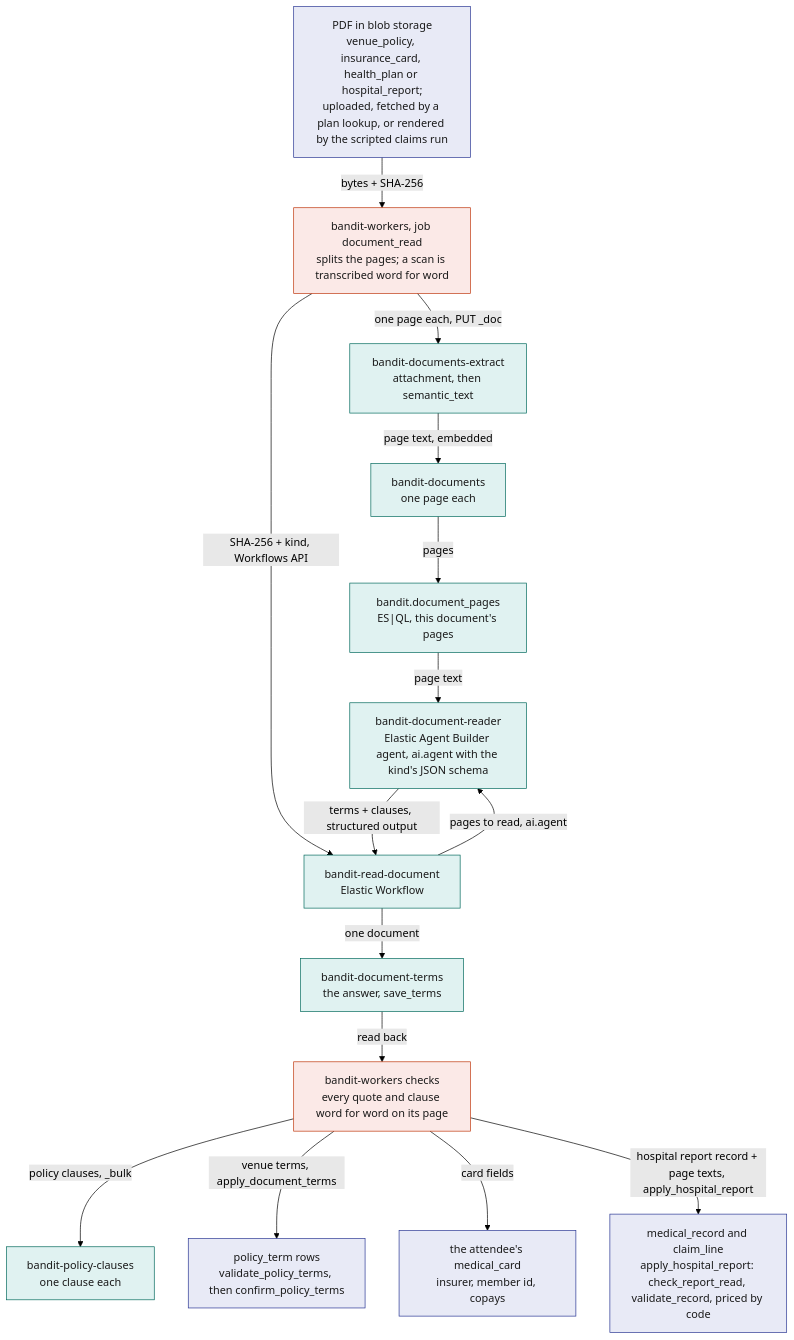
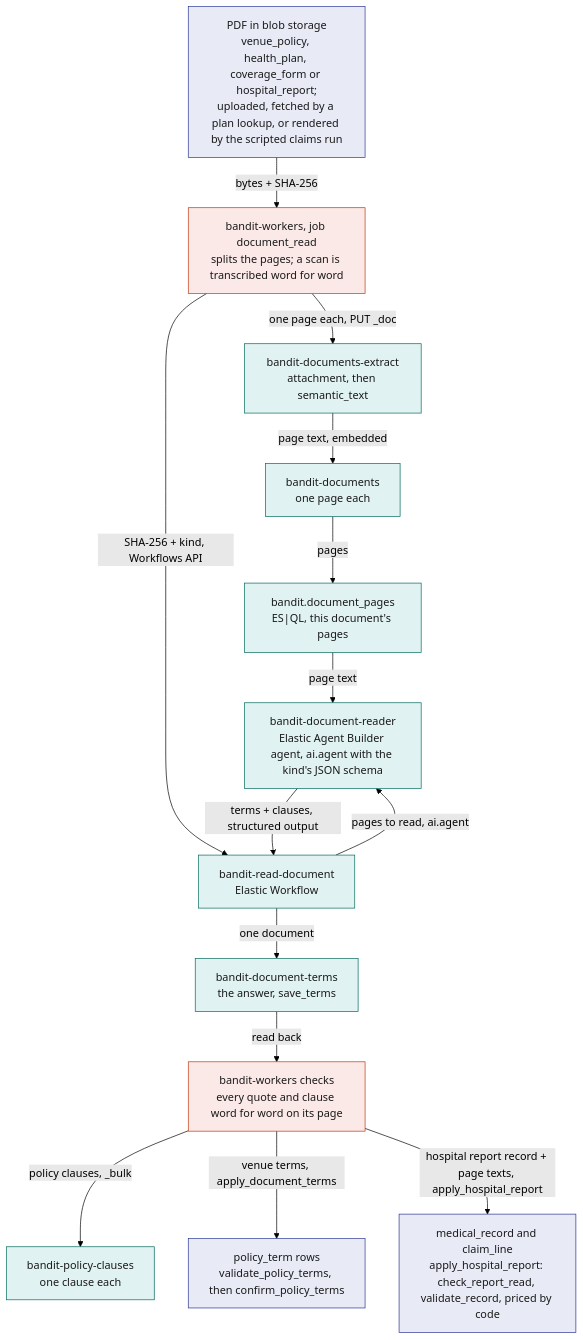
Before and after one commit to viktorinkov/cal-hacks-13: the eighth of 9 diagrams in System Design/7-integrations/Elastic.md, drawn with Mermaid (forest theme). The commit also changed other lines of this file and 50 other files, not shown here.

````diff
--- a/System Design/7-integrations/Elastic.md
+++ b/System Design/7-integrations/Elastic.md
@@ -739,35 +721,33 @@
 ```mermaid
 flowchart TB
   classDef rust fill:#FBE9E7,stroke:#BF360C,color:#1A1A1A
   classDef stdb fill:#E8EAF6,stroke:#283593,color:#1A1A1A
   classDef ext fill:#E0F2F1,stroke:#00695C,color:#1A1A1A
 
-  PDF["PDF in blob storage<br/>venue_policy, insurance_card, health_plan or hospital_report;<br/>uploaded, fetched by a plan lookup, or rendered by the scripted claims run"]:::stdb
+  PDF["PDF in blob storage<br/>venue_policy, health_plan, coverage_form or hospital_report;<br/>uploaded, fetched by a plan lookup, or rendered by the scripted claims run"]:::stdb
   DR["bandit-workers, job document_read<br/>splits the pages; a scan is transcribed word for word"]:::rust
   EX["bandit-documents-extract<br/>attachment, then semantic_text"]:::ext
   DOCS["bandit-documents<br/>one page each"]:::ext
   WF["bandit-read-document<br/>Elastic Workflow"]:::ext
   AG["bandit-document-reader<br/>Elastic Agent Builder agent, ai.agent with the kind's JSON schema"]:::ext
   TL["bandit.document_pages<br/>ES|QL, this document's pages"]:::ext
   TR["bandit-document-terms<br/>the answer, save_terms"]:::ext
   CHK["bandit-workers checks<br/>every quote and clause word for word on its page"]:::rust
   CL["bandit-policy-clauses<br/>one clause each"]:::ext
   PT["policy_term rows<br/>validate_policy_terms, then confirm_policy_terms"]:::stdb
-  MC["the attendee's medical_card<br/>insurer, member id, copays"]:::stdb
   MR["medical_record and claim_line<br/>apply_hospital_report: check_report_read, validate_record, priced by code"]:::stdb
 
   PDF -->|"bytes + SHA-256"| DR
   DR -->|"one page each, PUT _doc"| EX
   EX -->|"page text, embedded"| DOCS
   DR -->|"SHA-256 + kind, Workflows API"| WF
   WF -->|"pages to read, ai.agent"| AG
   DOCS -->|"pages"| TL
   TL -->|"page text"| AG
   AG -->|"terms + clauses, structured output"| WF
   WF -->|"one document"| TR
   TR -->|"read back"| CHK
   CHK -->|"policy clauses, _bulk"| CL
   CHK -->|"venue terms, apply_document_terms"| PT
-  CHK -->|"card fields"| MC
   CHK -->|"hospital report record + page texts, apply_hospital_report"| MR
 ```
````
